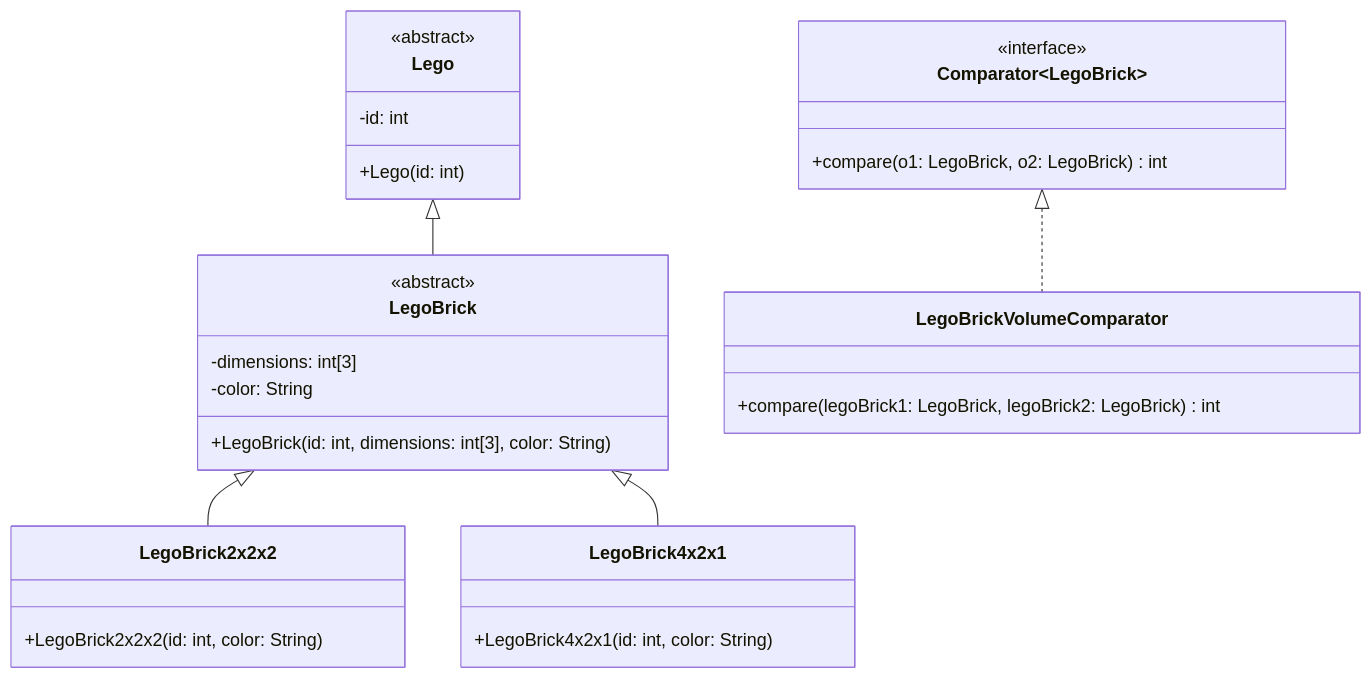
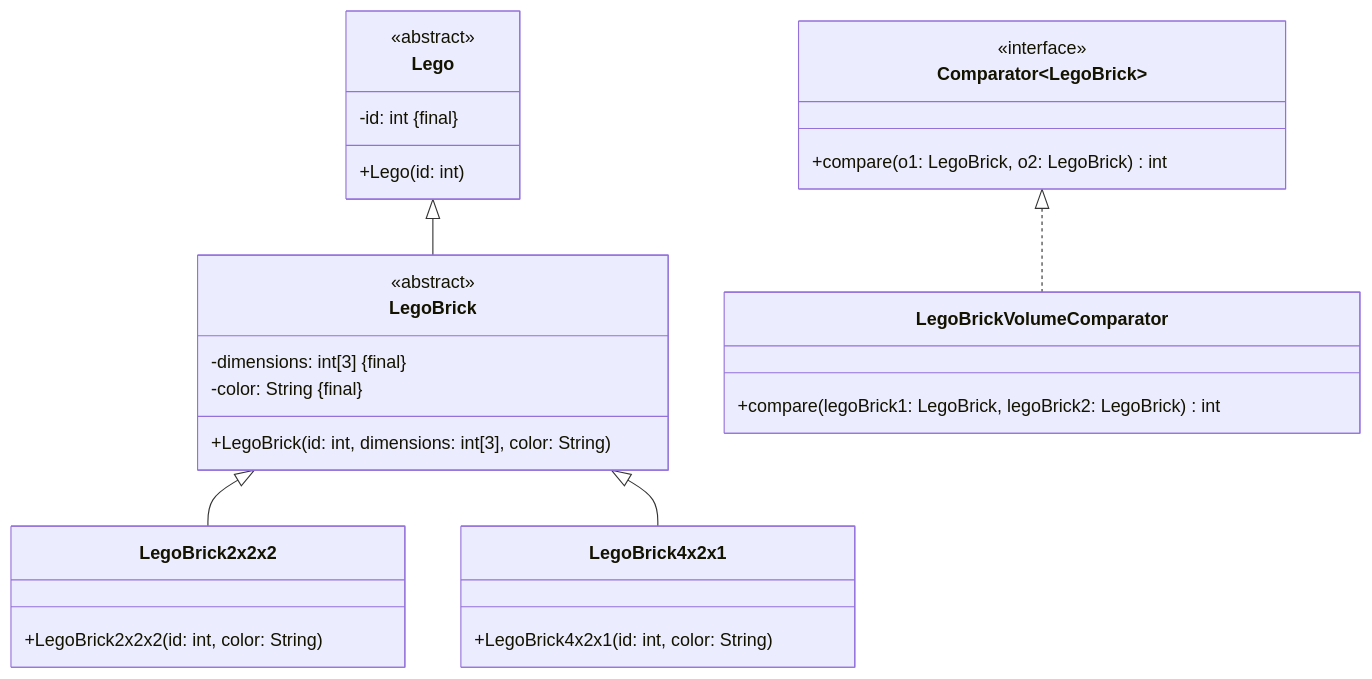
One commit to jappuccini/java-docs changed the diagram in docs/exam-exercises/exam-exercises-java2/lego-brick.md. Above: the diagram before and after it, drawn with Mermaid. The commit also changed 24 other files, not shown here.

````diff
--- a/docs/exam-exercises/exam-exercises-java2/lego-brick.md
+++ b/docs/exam-exercises/exam-exercises-java2/lego-brick.md
@@ -12,37 +12,37 @@
 ```mermaid
 classDiagram
     Lego <|-- LegoBrick
     LegoBrick <|-- LegoBrick2x2x2
     LegoBrick <|-- LegoBrick4x2x1
     Comparator~LegoBrick~ <|.. LegoBrickVolumeComparator
 
     class Lego {
         <<abstract>>
-        -id: int
+        -id: int &#123final&#125
         +Lego(id: int)
     }
 
     class LegoBrick {
         <<abstract>>
-        -dimensions: int[3]
-        -color: String
+        -dimensions: int[3] &#123final&#125
+        -color: String &#123final&#125
         +LegoBrick(id: int, dimensions: int[3], color: String)
     }
 
     class LegoBrick2x2x2 {
         +LegoBrick2x2x2(id: int, color: String)
     }
 
     class LegoBrick4x2x1 {
         +LegoBrick4x2x1(id: int, color: String)
     }
 
     class Comparator~LegoBrick~ {
         <<interface>>
         +compare(o1: LegoBrick, o2: LegoBrick) int
     }
 
     class LegoBrickVolumeComparator {
         +compare(legoBrick1: LegoBrick, legoBrick2: LegoBrick) int
     }
 ```
````
